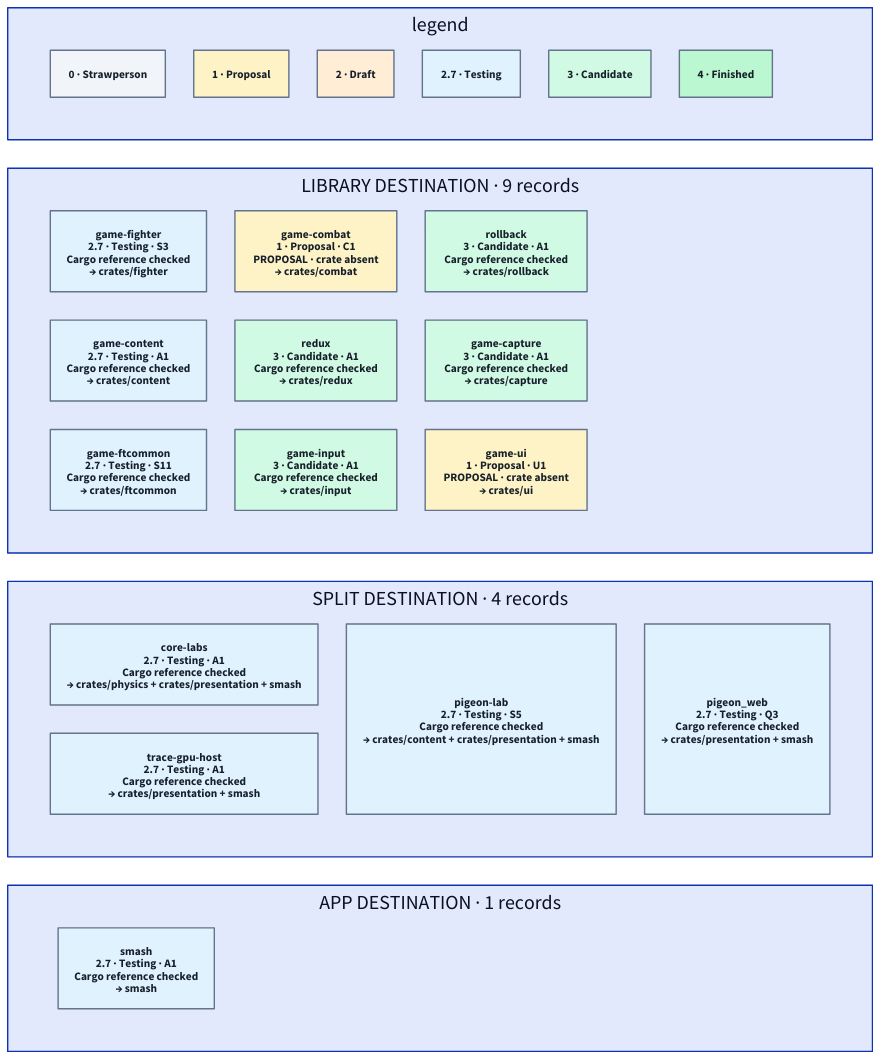
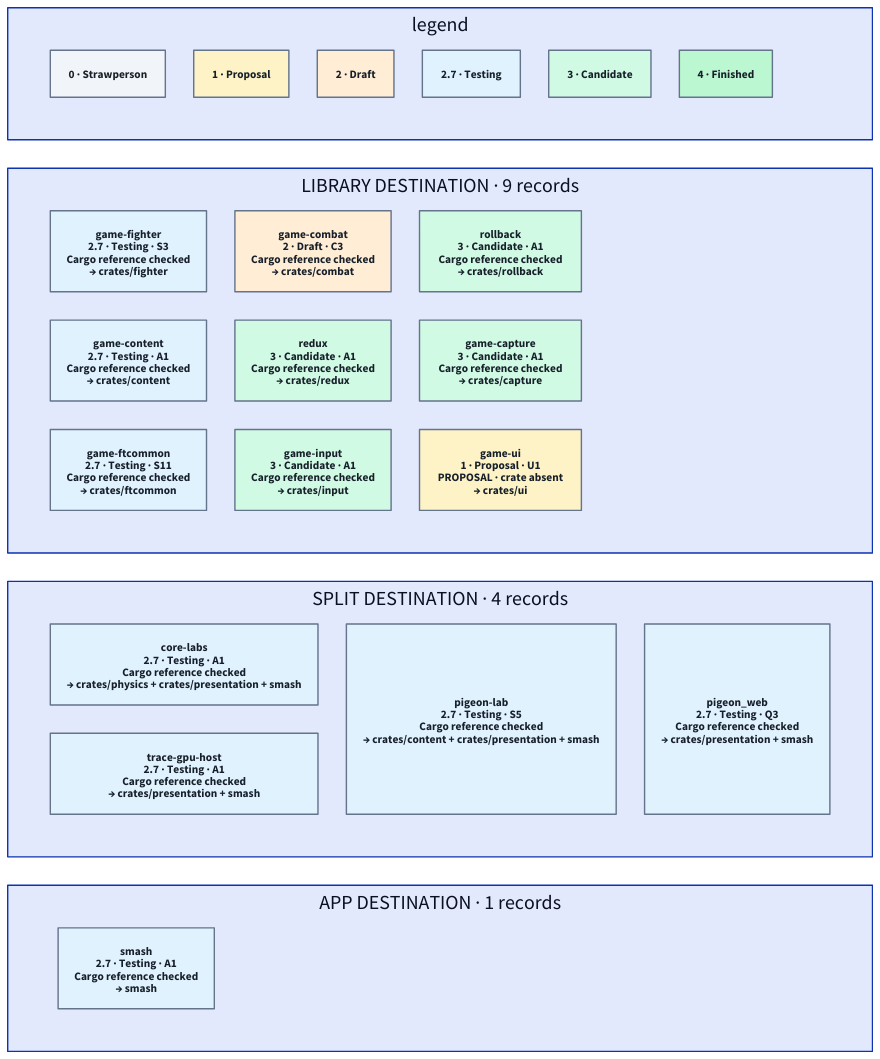
Before and after one commit to hafley66/hafley-rs: the diagram in classification/3_registry.d2, drawn with D2. The commit also changed 9 other files, not shown here.

Commit message:
docs(games): advance game-combat to stage 2

```diff
--- a/classification/3_registry.d2
+++ b/classification/3_registry.d2
@@ -1,35 +1,35 @@
 # Generated from 1_registry.tsp. Do not edit.
 label: "05 · CHECKED CRATE INVENTORY / TC39-style promotion stages"
 grid-columns: 1
 legend: {
 grid-columns: 6
 s0: "0 · Strawperson" {style.fill: "#F1F5F9"; style.font-color: "#17202A"; style.stroke: "#64748B"}
 s1: "1 · Proposal" {style.fill: "#FEF3C7"; style.font-color: "#17202A"; style.stroke: "#64748B"}
 s2: "2 · Draft" {style.fill: "#FFEDD5"; style.font-color: "#17202A"; style.stroke: "#64748B"}
 s3: "2.7 · Testing" {style.fill: "#E0F2FE"; style.font-color: "#17202A"; style.stroke: "#64748B"}
 s4: "3 · Candidate" {style.fill: "#D1FAE5"; style.font-color: "#17202A"; style.stroke: "#64748B"}
 s5: "4 · Finished" {style.fill: "#BBF7D0"; style.font-color: "#17202A"; style.stroke: "#64748B"}
 }
 library: "LIBRARY DESTINATION · 9 records" {
 grid-columns: 3
 "game-fighter": "game-fighter\n2.7 · Testing · S3\nCargo reference checked\n→ crates/fighter" {style.fill: "#E0F2FE"; style.font-color: "#17202A"; style.stroke: "#64748B"}
 "game-content": "game-content\n2.7 · Testing · A1\nCargo reference checked\n→ crates/content" {style.fill: "#E0F2FE"; style.font-color: "#17202A"; style.stroke: "#64748B"}
 "game-ftcommon": "game-ftcommon\n2.7 · Testing · S11\nCargo reference checked\n→ crates/ftcommon" {style.fill: "#E0F2FE"; style.font-color: "#17202A"; style.stroke: "#64748B"}
-"game-combat": "game-combat\n1 · Proposal · C1\nPROPOSAL · crate absent\n→ crates/combat" {style.fill: "#FEF3C7"; style.font-color: "#17202A"; style.stroke: "#64748B"}
+"game-combat": "game-combat\n2 · Draft · C3\nCargo reference checked\n→ crates/combat" {style.fill: "#FFEDD5"; style.font-color: "#17202A"; style.stroke: "#64748B"}
 "redux": "redux\n3 · Candidate · A1\nCargo reference checked\n→ crates/redux" {style.fill: "#D1FAE5"; style.font-color: "#17202A"; style.stroke: "#64748B"}
 "game-input": "game-input\n3 · Candidate · A1\nCargo reference checked\n→ crates/input" {style.fill: "#D1FAE5"; style.font-color: "#17202A"; style.stroke: "#64748B"}
 "rollback": "rollback\n3 · Candidate · A1\nCargo reference checked\n→ crates/rollback" {style.fill: "#D1FAE5"; style.font-color: "#17202A"; style.stroke: "#64748B"}
 "game-capture": "game-capture\n3 · Candidate · A1\nCargo reference checked\n→ crates/capture" {style.fill: "#D1FAE5"; style.font-color: "#17202A"; style.stroke: "#64748B"}
 "game-ui": "game-ui\n1 · Proposal · U1\nPROPOSAL · crate absent\n→ crates/ui" {style.fill: "#FEF3C7"; style.font-color: "#17202A"; style.stroke: "#64748B"}
 }
 split: "SPLIT DESTINATION · 4 records" {
 grid-columns: 3
 "core-labs": "core-labs\n2.7 · Testing · A1\nCargo reference checked\n→ crates/physics + crates/presentation + smash" {style.fill: "#E0F2FE"; style.font-color: "#17202A"; style.stroke: "#64748B"}
 "trace-gpu-host": "trace-gpu-host\n2.7 · Testing · A1\nCargo reference checked\n→ crates/presentation + smash" {style.fill: "#E0F2FE"; style.font-color: "#17202A"; style.stroke: "#64748B"}
 "pigeon-lab": "pigeon-lab\n2.7 · Testing · S5\nCargo reference checked\n→ crates/content + crates/presentation + smash" {style.fill: "#E0F2FE"; style.font-color: "#17202A"; style.stroke: "#64748B"}
 "pigeon_web": "pigeon_web\n2.7 · Testing · Q3\nCargo reference checked\n→ crates/presentation + smash" {style.fill: "#E0F2FE"; style.font-color: "#17202A"; style.stroke: "#64748B"}
 }
 app: "APP DESTINATION · 1 records" {
 grid-columns: 3
 "smash": "smash\n2.7 · Testing · A1\nCargo reference checked\n→ smash" {style.fill: "#E0F2FE"; style.font-color: "#17202A"; style.stroke: "#64748B"}
 }
```
